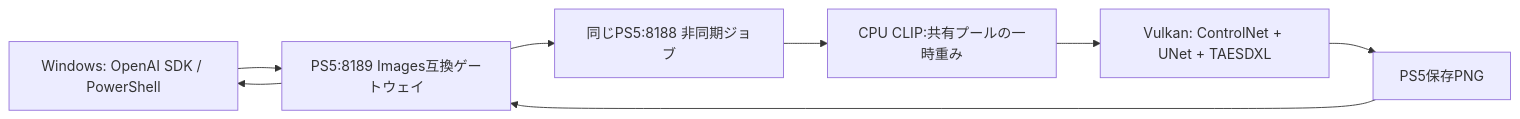
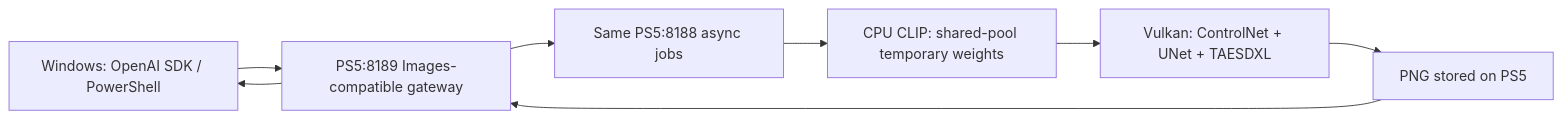
The diagram in README.md (akiba-tokyo-jp/PS5-AI-WAI), drawn with Mermaid before and after one commit. The commit also changed other lines of this file and 19 other files, not shown here.

````diff
--- a/README.md
+++ b/README.md
@@ -33,10 +33,10 @@
 ```mermaid
 flowchart LR
-  W[Windows: OpenAI SDK / PowerShell] --> G[PS5:8189 Images互換ゲートウェイ]
-  G --> A[同じPS5:8188 非同期ジョブ]
-  A --> C[CPU CLIP:共有プールの一時重み]
+  W[Windows: OpenAI SDK / PowerShell] --> G[PS5:8189 Images-compatible gateway]
+  G --> A[Same PS5:8188 async jobs]
+  A --> C[CPU CLIP: shared-pool temporary weights]
   C --> V[Vulkan: ControlNet + UNet + TAESDXL]
-  V --> P[PS5保存PNG]
+  V --> P[PNG stored on PS5]
   P --> G
   G --> W
 ```
````
